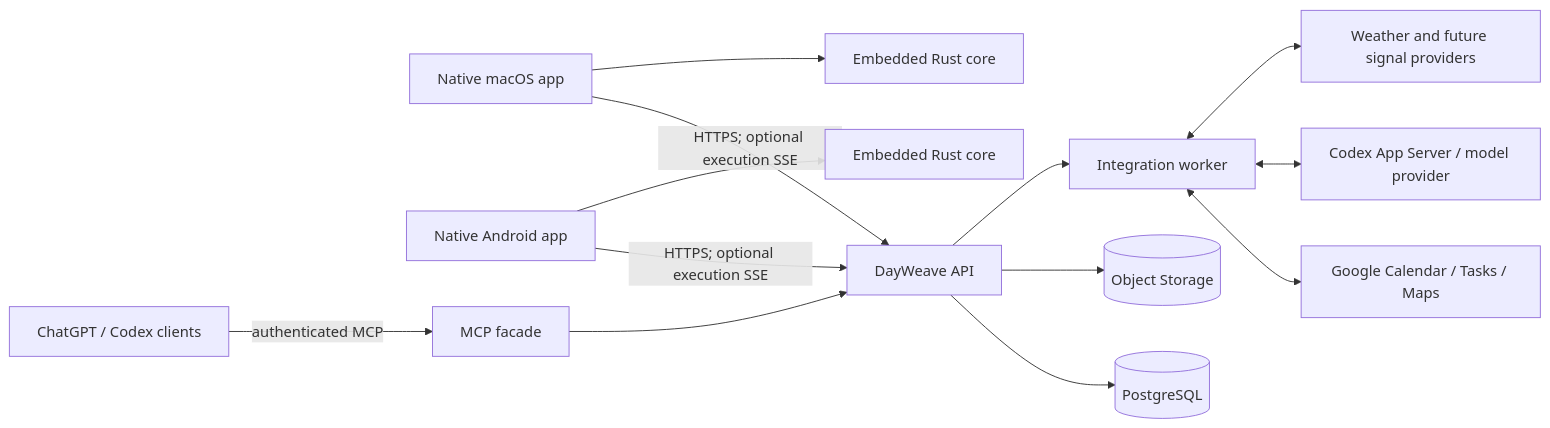
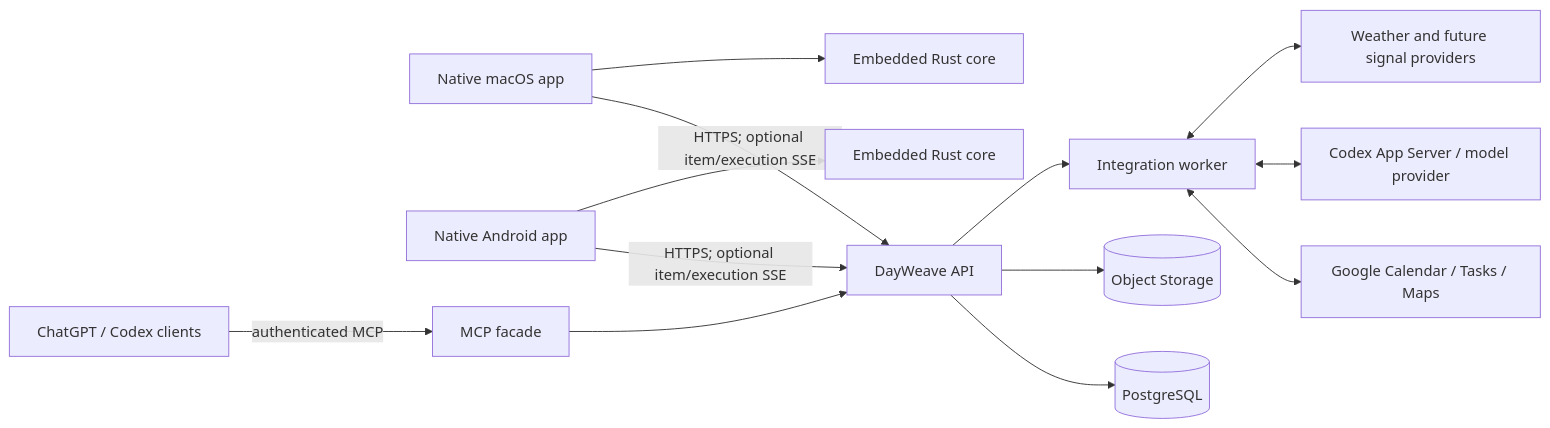
The first of 2 diagrams in docs/architecture.md (greengolddog/dayweave), drawn with Mermaid before and after one commit. The commit also changed other lines of this file and 14 other files, not shown here.

Commit message:
feat(api): stream canonical item invalidations

````diff
--- a/docs/architecture.md
+++ b/docs/architecture.md
@@ -19,15 +19,15 @@
 ```mermaid
 flowchart LR
-    Mac[Native macOS app] -->|HTTPS; optional execution SSE| API[DayWeave API]
-    Android[Native Android app] -->|HTTPS; optional execution SSE| API
+    Mac[Native macOS app] -->|HTTPS; optional item/execution SSE| API[DayWeave API]
+    Android[Native Android app] -->|HTTPS; optional item/execution SSE| API
     Mac --> CoreM[Embedded Rust core]
     Android --> CoreA[Embedded Rust core]
     Ext[ChatGPT / Codex clients] -->|authenticated MCP| MCP[MCP facade]
     MCP --> API
     API --> DB[(PostgreSQL)]
     API --> Obj[(Object Storage)]
     API --> Worker[Integration worker]
     Worker <--> Google[Google Calendar / Tasks / Maps]
     Worker <--> Codex[Codex App Server / model provider]
     Worker <--> Context[Weather and future signal providers]
 ```
````
